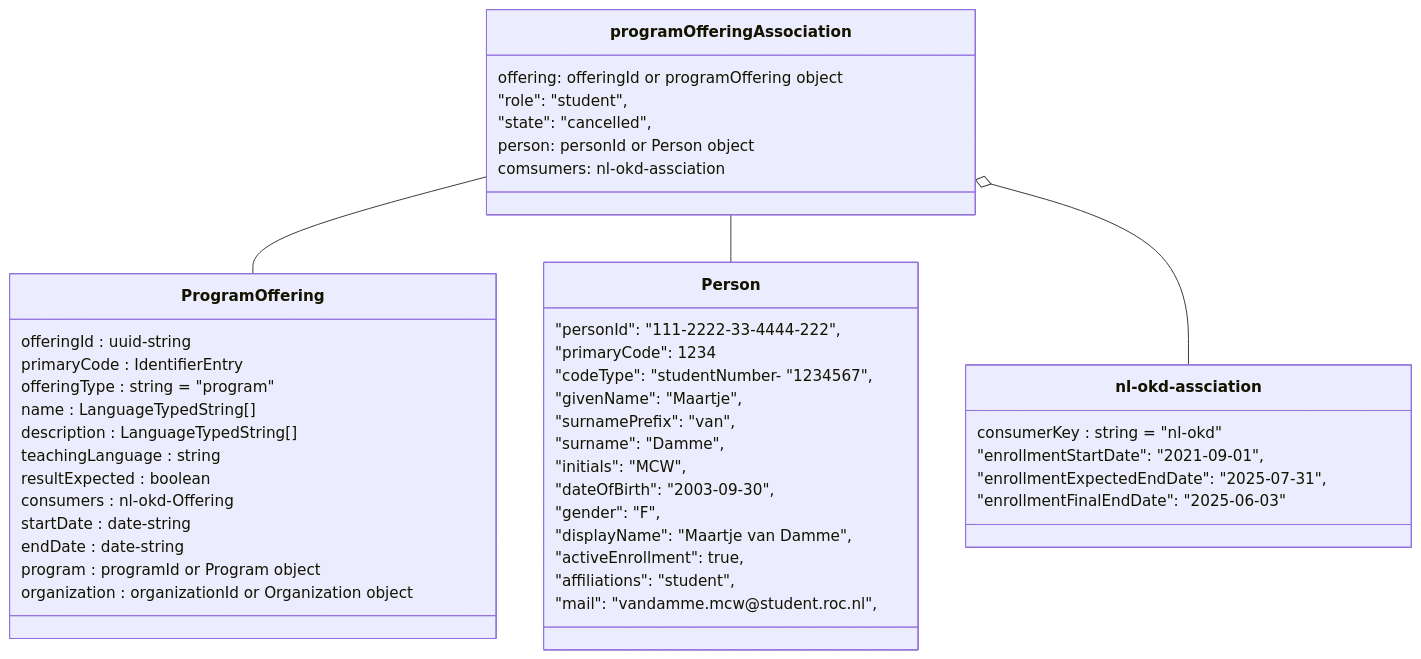
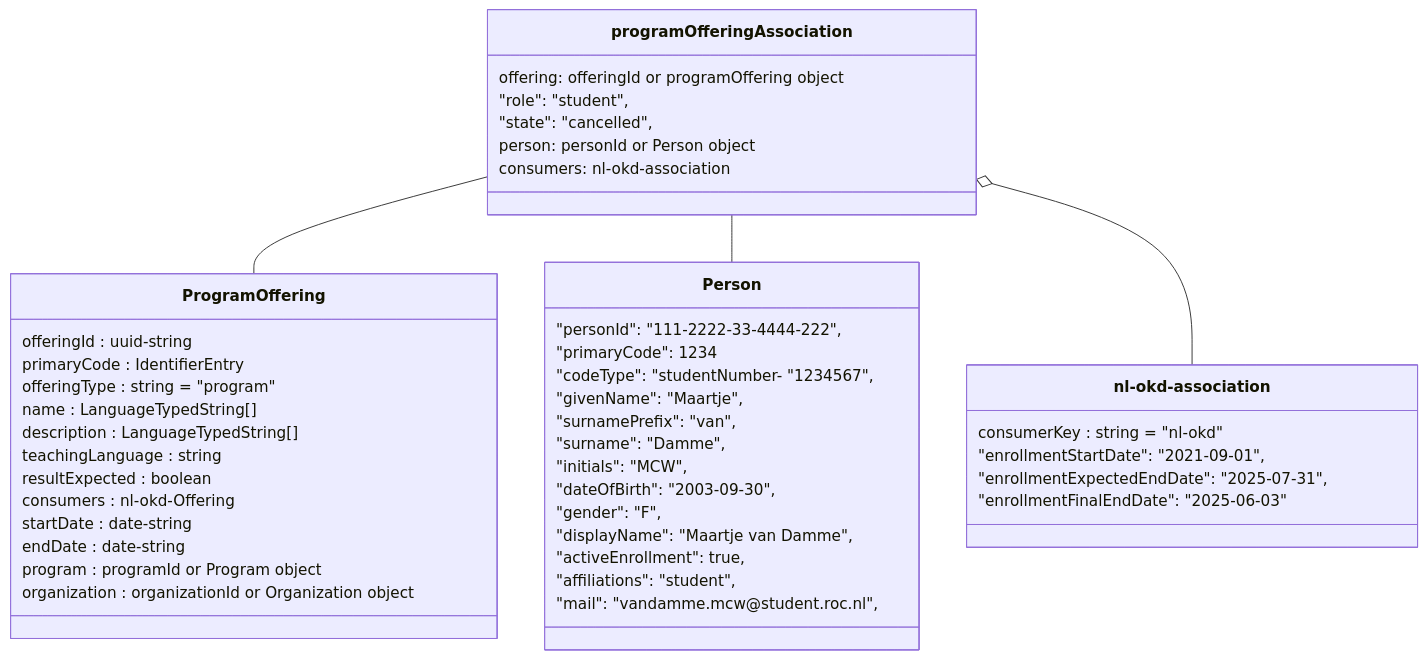
One commit to Onderwijs-Koppelingen-OKx/OKD-Document-Management changed the second of 2 diagrams in doc/flow-5.md. Above: the diagram before and after it, drawn with Mermaid. The commit also changed other lines of this file and 15 other files, not shown here.

````diff
--- a/doc/flow-5.md
+++ b/doc/flow-5.md
@@ -76,53 +76,53 @@
 ```mermaid
 	classDiagram
 
     class programOfferingAssociation {
         offering: offeringId or programOffering object
         "role": "student",
         "state": "cancelled",
         person: personId or Person object
-        comsumers: nl-okd-assciation
+        consumers: nl-okd-association
     }
     class Person {
         "personId": "111-2222-33-4444-222",
         "primaryCode": 1234
         "codeType": "studentNumber- "1234567",
         "givenName": "Maartje",
         "surnamePrefix": "van",
         "surname": "Damme",
      	"initials": "MCW",
 		"dateOfBirth": "2003-09-30",
 		"gender": "F",
         "displayName": "Maartje van Damme",
         "activeEnrollment": true,
         "affiliations": "student",
         "mail": "vandamme.mcw\@student.roc.nl",
     }
     class ProgramOffering {
         offeringId : uuid-string
         primaryCode : IdentifierEntry
         offeringType : string = "program"
         name : LanguageTypedString[]
         description : LanguageTypedString[]
         teachingLanguage : string
         resultExpected : boolean
         consumers : nl-okd-Offering
         startDate : date-string
         endDate : date-string
         program : programId or Program object
         organization : organizationId or Organization object
     }
 
-    class `nl-okd-assciation` {
+    class `nl-okd-association` {
         consumerKey : string = "nl-okd"
         "enrollmentStartDate": "2021-09-01", 
         "enrollmentExpectedEndDate": "2025-07-31",
         "enrollmentFinalEndDate": "2025-06-03"
     }
 
     programOfferingAssociation -- ProgramOffering
     programOfferingAssociation -- Person
 
-    programOfferingAssociation o-- `nl-okd-assciation`
+    programOfferingAssociation o-- `nl-okd-association`
 
 ```
````
